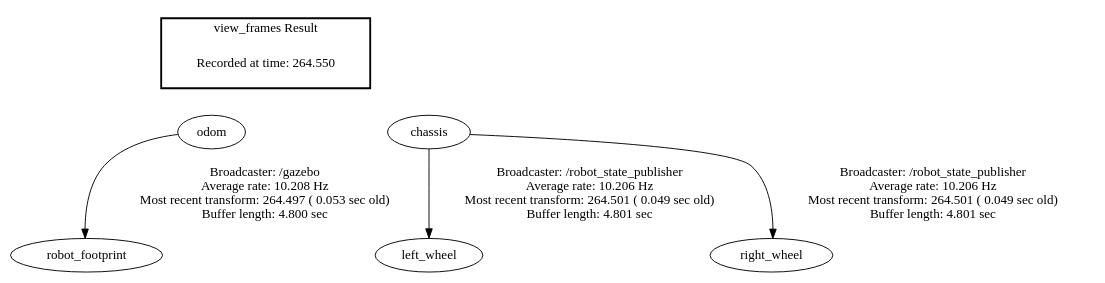
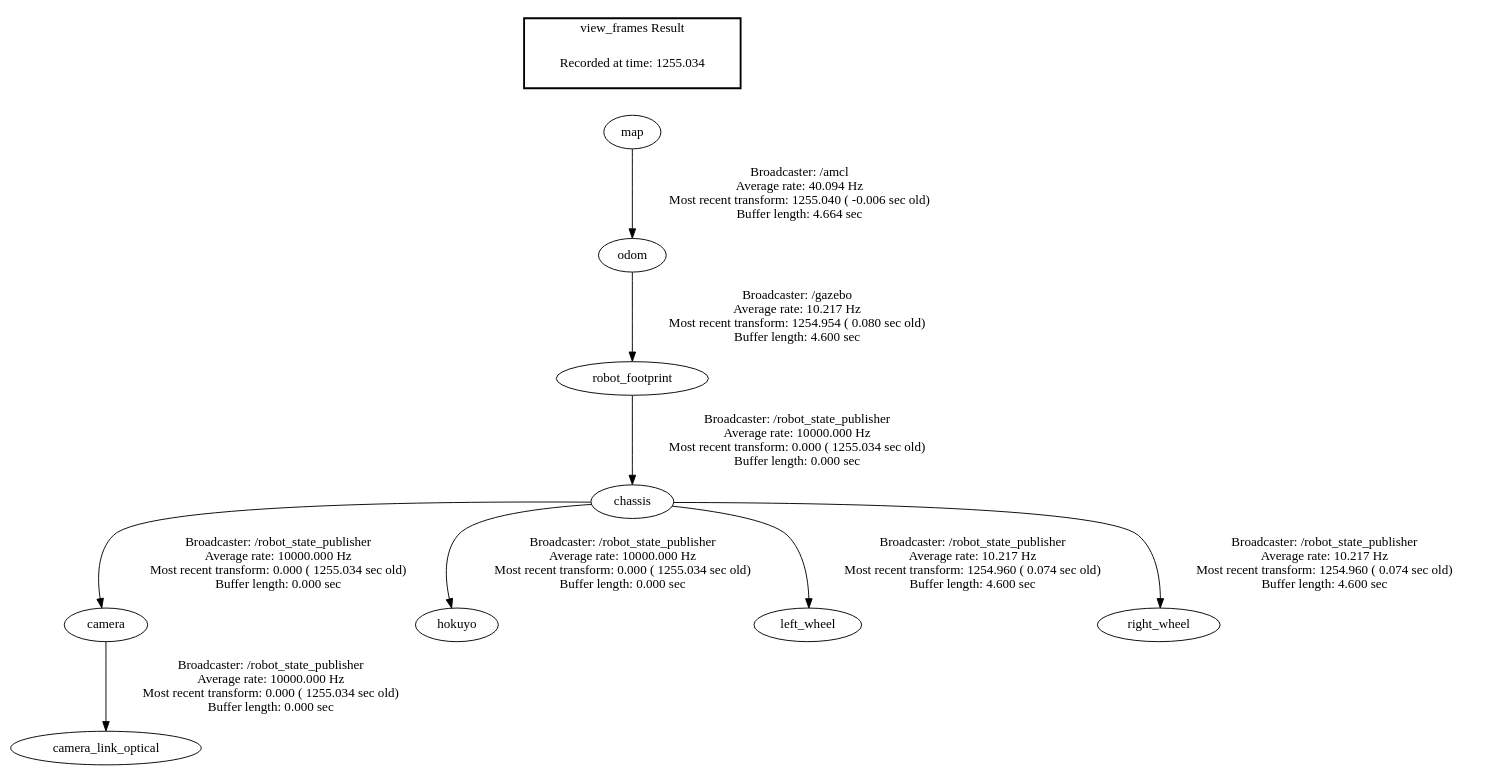
Before and after one commit to tvsrr/ROS_Udacity: the diagram in frames.gv, drawn with Graphviz. The commit also changed 273 other files, not shown here.

```diff
--- a/frames.gv
+++ b/frames.gv
@@ -1,13 +1,14 @@
 digraph G {
-"odom" -> "robot_footprint"[label="Broadcaster: /gazebo\nAverage rate: 10.208 Hz\nMost recent transform: 264.497 ( 0.053 sec old)\nBuffer length: 4.800 sec\n"];
-"chassis" -> "left_wheel"[label="Broadcaster: /robot_state_publisher\nAverage rate: 10.206 Hz\nMost recent transform: 264.501 ( 0.049 sec old)\nBuffer length: 4.801 sec\n"];
-"chassis" -> "right_wheel"[label="Broadcaster: /robot_state_publisher\nAverage rate: 10.206 Hz\nMost recent transform: 264.501 ( 0.049 sec old)\nBuffer length: 4.801 sec\n"];
+"chassis" -> "camera"[label="Broadcaster: /robot_state_publisher\nAverage rate: 10000.000 Hz\nMost recent transform: 0.000 ( 1255.034 sec old)\nBuffer length: 0.000 sec\n"];
+"robot_footprint" -> "chassis"[label="Broadcaster: /robot_state_publisher\nAverage rate: 10000.000 Hz\nMost recent transform: 0.000 ( 1255.034 sec old)\nBuffer length: 0.000 sec\n"];
+"camera" -> "camera_link_optical"[label="Broadcaster: /robot_state_publisher\nAverage rate: 10000.000 Hz\nMost recent transform: 0.000 ( 1255.034 sec old)\nBuffer length: 0.000 sec\n"];
+"chassis" -> "hokuyo"[label="Broadcaster: /robot_state_publisher\nAverage rate: 10000.000 Hz\nMost recent transform: 0.000 ( 1255.034 sec old)\nBuffer length: 0.000 sec\n"];
+"odom" -> "robot_footprint"[label="Broadcaster: /gazebo\nAverage rate: 10.217 Hz\nMost recent transform: 1254.954 ( 0.080 sec old)\nBuffer length: 4.600 sec\n"];
+"map" -> "odom"[label="Broadcaster: /amcl\nAverage rate: 40.094 Hz\nMost recent transform: 1255.040 ( -0.006 sec old)\nBuffer length: 4.664 sec\n"];
+"chassis" -> "left_wheel"[label="Broadcaster: /robot_state_publisher\nAverage rate: 10.217 Hz\nMost recent transform: 1254.960 ( 0.074 sec old)\nBuffer length: 4.600 sec\n"];
+"chassis" -> "right_wheel"[label="Broadcaster: /robot_state_publisher\nAverage rate: 10.217 Hz\nMost recent transform: 1254.960 ( 0.074 sec old)\nBuffer length: 4.600 sec\n"];
 edge [style=invis];
  subgraph cluster_legend { style=bold; color=black; label ="view_frames Result";
-"Recorded at time: 264.550"[ shape=plaintext ] ;
- }->"odom";
-edge [style=invis];
- subgraph cluster_legend { style=bold; color=black; label ="view_frames Result";
-"Recorded at time: 264.550"[ shape=plaintext ] ;
- }->"chassis";
+"Recorded at time: 1255.034"[ shape=plaintext ] ;
+ }->"map";
 }
```
